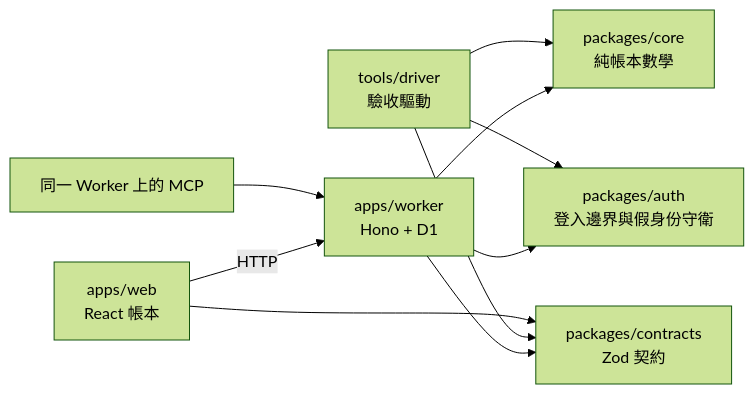
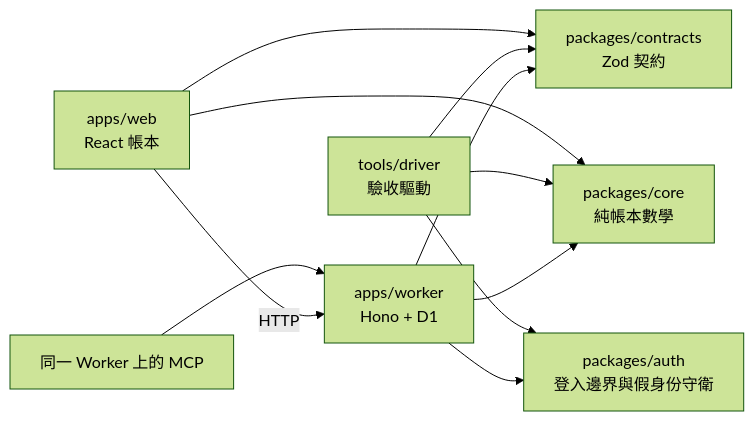
Before and after one commit to WilliamCHIU-ETH/open-split: the diagram in docs/02-system-architecture.md, drawn with Mermaid (forest theme). The commit also changed other lines of this file and 37 other files, not shown here.

````diff
--- a/docs/02-system-architecture.md
+++ b/docs/02-system-architecture.md
@@ -5,19 +5,20 @@
 ```mermaid
 flowchart LR
   web["apps/web<br/>React 帳本"]
   worker["apps/worker<br/>Hono + D1"]
   mcp["同一 Worker 上的 MCP"]
   core["packages/core<br/>純帳本數學"]
   contracts["packages/contracts<br/>Zod 契約"]
   auth["packages/auth<br/>登入邊界與假身份守衛"]
   driver["tools/driver<br/>驗收驅動"]
   web -->|HTTP| worker
   mcp --> worker
   worker --> core
   worker --> contracts
   worker --> auth
   driver --> core
   driver --> contracts
   driver --> auth
   web --> contracts
+  web --> core
 ```
````
